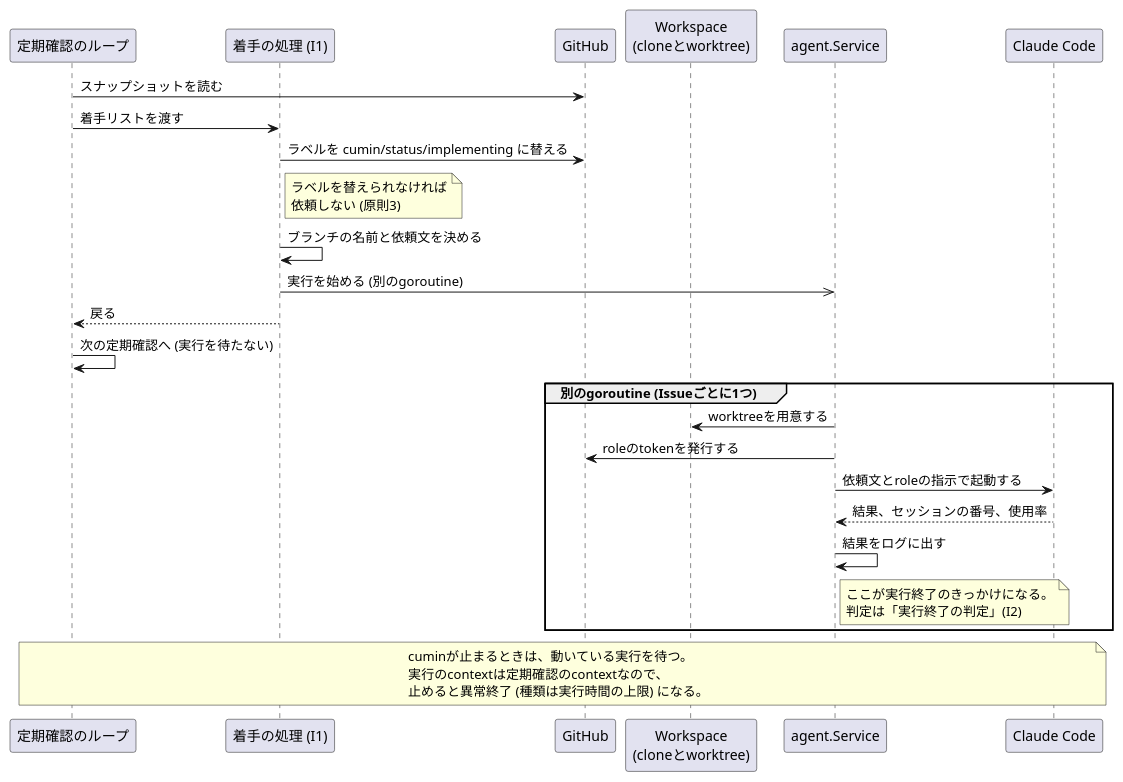
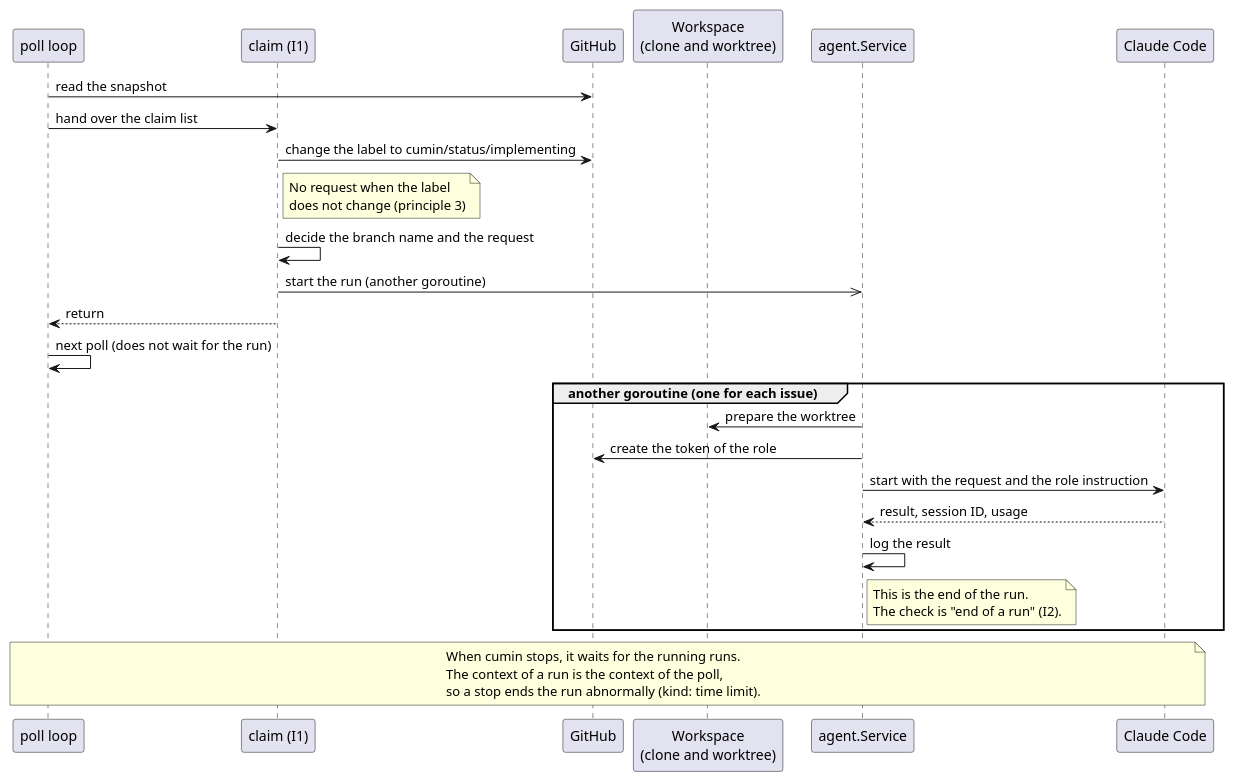
One commit to cloveclovedev/cumin-works changed the diagram in docs/ja/designs/poll-start.puml. Above: the diagram before and after it, drawn with PlantUML. The commit also changed 19 other files, not shown here.

First line of the commit message:
docs(diagrams): write the labels of every diagram in English and give each row its own arrow (#216)

```diff
--- a/docs/ja/designs/poll-start.puml
+++ b/docs/ja/designs/poll-start.puml
@@ -1,44 +1,44 @@
 @startuml poll-start
-' cumin works - 着手 (I1) と、Agentの実行の並行化。
-' 対応する文書: poll.md の「Agentの実行の並行化」。
-' SVGの書き出し: リポジトリの直下で scripts/render-diagrams.sh を実行する。
+' cumin works - the claim (I1) and agent runs in parallel.
+' Document: poll.md, section on agent runs in parallel.
+' Render: run scripts/render-diagrams.sh at the root of the repository.
 skinparam shadowing false
 skinparam defaultFontName sans-serif
 
-participant "定期確認のループ" as poll
-participant "着手の処理 (I1)" as claim
+participant "poll loop" as poll
+participant "claim (I1)" as claim
 participant "GitHub" as gh
-participant "Workspace\n(cloneとworktree)" as ws
+participant "Workspace\n(clone and worktree)" as ws
 participant "agent.Service" as agents
 participant "Claude Code" as cli
 
-poll -> gh: スナップショットを読む
-poll -> claim: 着手リストを渡す
-claim -> gh: ラベルを cumin/status/implementing に替える
+poll -> gh: read the snapshot
+poll -> claim: hand over the claim list
+claim -> gh: change the label to cumin/status/implementing
 note right of claim
-  ラベルを替えられなければ
-  依頼しない (原則3)
+  No request when the label
+  does not change (principle 3)
 end note
-claim -> claim: ブランチの名前と依頼文を決める
-claim ->> agents: 実行を始める (別のgoroutine)
-claim --> poll: 戻る
-poll -> poll: 次の定期確認へ (実行を待たない)
+claim -> claim: decide the branch name and the request
+claim ->> agents: start the run (another goroutine)
+claim --> poll: return
+poll -> poll: next poll (does not wait for the run)
 
-group 別のgoroutine (Issueごとに1つ)
-  agents -> ws: worktreeを用意する
-  agents -> gh: roleのtokenを発行する
-  agents -> cli: 依頼文とroleの指示で起動する
-  cli --> agents: 結果、セッションの番号、使用率
-  agents -> agents: 結果をログに出す
+group another goroutine (one for each issue)
+  agents -> ws: prepare the worktree
+  agents -> gh: create the token of the role
+  agents -> cli: start with the request and the role instruction
+  cli --> agents: result, session ID, usage
+  agents -> agents: log the result
   note right of agents
-    ここが実行終了のきっかけになる。
-    判定は「実行終了の判定」(I2)
+    This is the end of the run.
+    The check is "end of a run" (I2).
   end note
 end
 
 note over poll, cli
-  cuminが止まるときは、動いている実行を待つ。
-  実行のcontextは定期確認のcontextなので、
-  止めると異常終了 (種類は実行時間の上限) になる。
+  When cumin stops, it waits for the running runs.
+  The context of a run is the context of the poll,
+  so a stop ends the run abnormally (kind: time limit).
 end note
 @enduml
```
